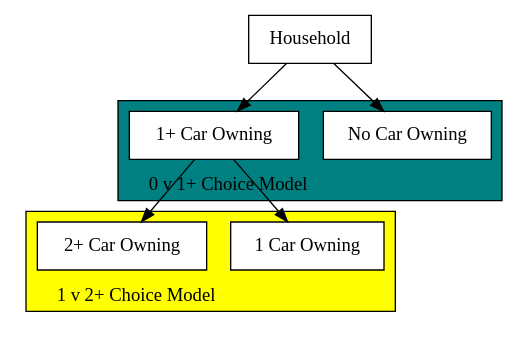
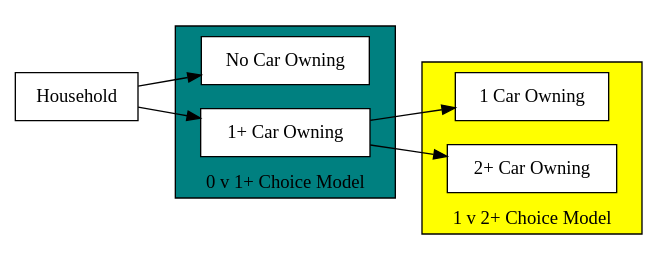
One commit to Transport-for-the-North/Land-Use changed the diagram in docs/norcom.rst. Above: the diagram before and after it, drawn with Graphviz.

Commit message:
Flow chart update

```diff
--- a/docs/norcom.rst
+++ b/docs/norcom.rst
@@ -27,36 +27,37 @@
 .. graphviz::
 
     digraph G {
+      rankdir="LR"
       node [shape=rectangle fillcolor="white"]
 
       subgraph cluster_car_owner {
         style=filled;
         bgcolor="teal";
         label="0 v 1+ Choice Model";
         labeljust="l";
         labelloc="b";
         node [style=filled; fillcolor=white]
         no_car [label="No Car Owning"];
         car_owning [label="1+ Car Owning"];
 
       }
 
       subgraph cluster_multi_car_owner {
         style=filled;
         bgcolor="yellow";
         label="1 v 2+ Choice Model";
         labeljust="l";
         labelloc="b";
         node [style=filled; fillcolor=white]
         single_car [label="1 Car Owning"];
         multi_car [label="2+ Car Owning"];
       }
 
       household [label="Household"]
 
       household -> no_car
       household -> car_owning
 
       car_owning -> single_car
       car_owning -> multi_car
     }
```
